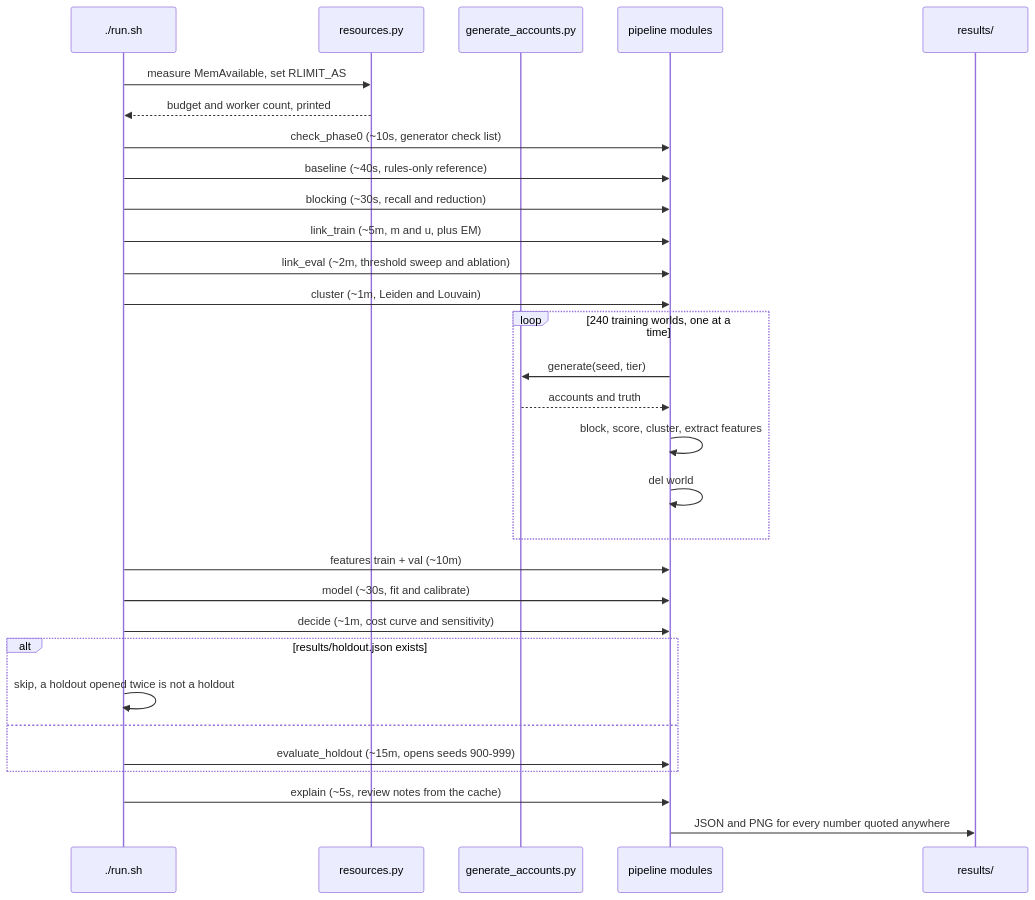
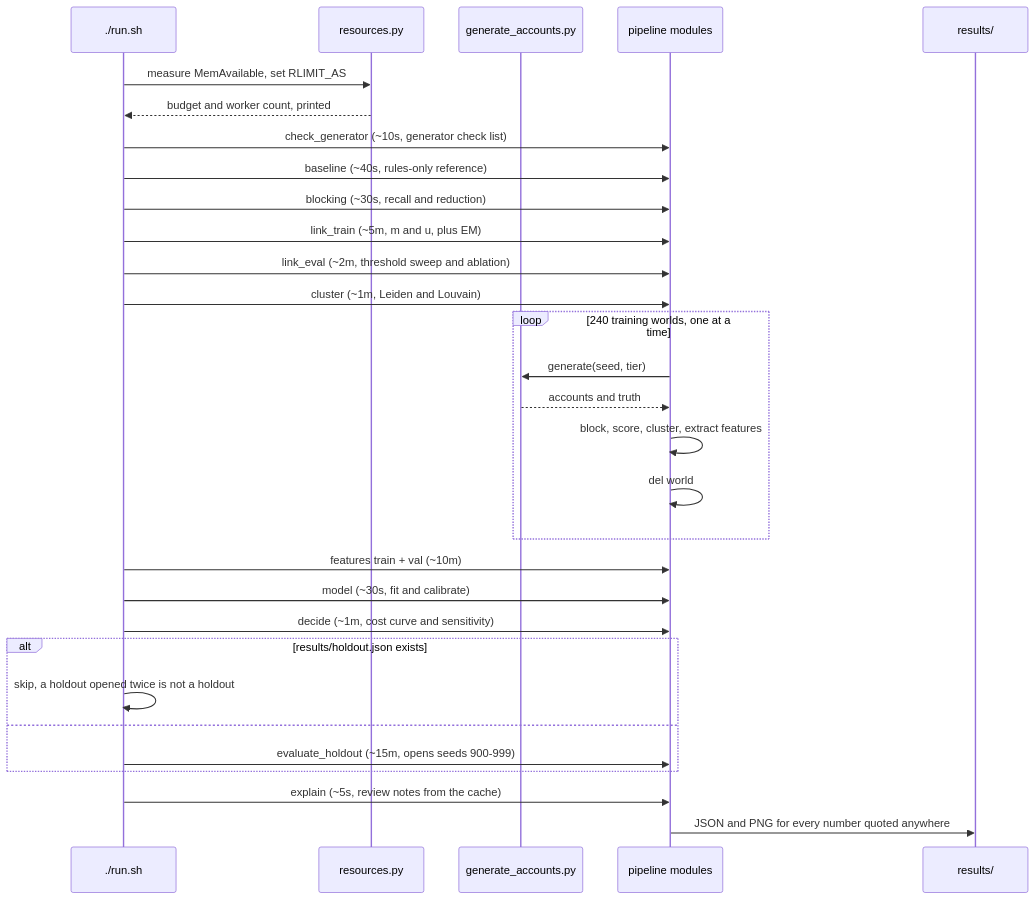
The diagram in docs/diagrams/seq-full-run.md (prawesh-12/jaal), drawn with Mermaid before and after one commit. The commit also changed 37 other files, not shown here.

````diff
--- a/docs/diagrams/seq-full-run.md
+++ b/docs/diagrams/seq-full-run.md
@@ -5,33 +5,33 @@
 ```mermaid
 sequenceDiagram
     participant U as ./run.sh
     participant R as resources.py
     participant G as generate_accounts.py
     participant P as pipeline modules
     participant O as results/
 
     U->>R: measure MemAvailable, set RLIMIT_AS
     R-->>U: budget and worker count, printed
-    U->>P: check_phase0        (~10s, generator check list)
+    U->>P: check_generator        (~10s, generator check list)
     U->>P: baseline            (~40s, rules-only reference)
     U->>P: blocking            (~30s, recall and reduction)
     U->>P: link_train          (~5m,  m and u, plus EM)
     U->>P: link_eval           (~2m,  threshold sweep and ablation)
     U->>P: cluster             (~1m,  Leiden and Louvain)
     loop 240 training worlds, one at a time
         P->>G: generate(seed, tier)
         G-->>P: accounts and truth
         P->>P: block, score, cluster, extract features
         P->>P: del world
     end
     U->>P: features train + val (~10m)
     U->>P: model               (~30s, fit and calibrate)
     U->>P: decide              (~1m,  cost curve and sensitivity)
     alt results/holdout.json exists
         U->>U: skip, a holdout opened twice is not a holdout
     else
         U->>P: evaluate_holdout (~15m, opens seeds 900-999)
     end
     U->>P: explain             (~5s,  review notes from the cache)
     P->>O: JSON and PNG for every number quoted anywhere
 ```
````
